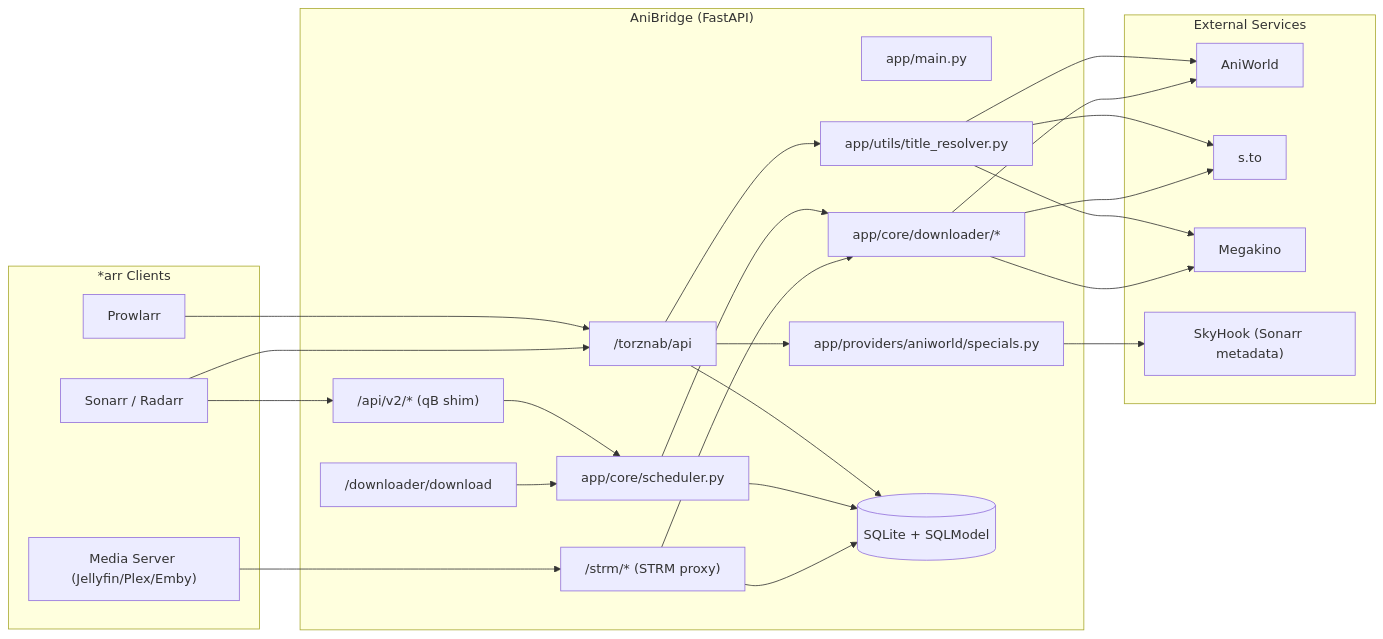
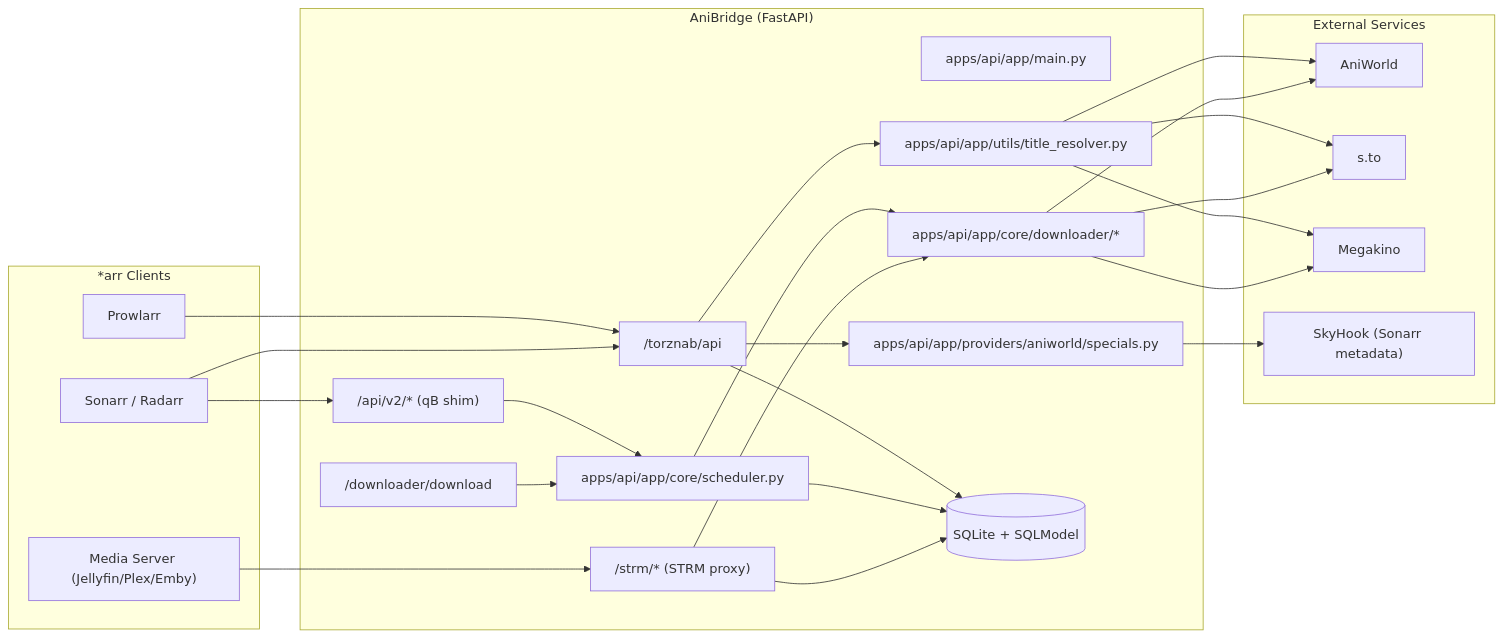
Before and after one commit to Zzackllack/AniBridge: the first of 12 diagrams in docs/src/developer/architecture.md, drawn with Mermaid. The commit also changed other lines of this file and 46 other files, not shown here.

````diff
--- a/docs/src/developer/architecture.md
+++ b/docs/src/developer/architecture.md
@@ -23,51 +23,51 @@
 ```mermaid
 flowchart LR
   subgraph Arr["*arr Clients"]
     Prowlarr["Prowlarr"]
     Sonarr["Sonarr / Radarr"]
     Media["Media Server (Jellyfin/Plex/Emby)"]
   end
 
   subgraph AB["AniBridge (FastAPI)"]
-    Main["app/main.py"]
+    Main["apps/api/app/main.py"]
     Torznab["/torznab/api"]
     QB["/api/v2/* (qB shim)"]
     Strm["/strm/* (STRM proxy)"]
     Legacy["/downloader/download"]
-    Scheduler["app/core/scheduler.py"]
-    DL["app/core/downloader/*"]
-    Resolver["app/utils/title_resolver.py"]
-    Specials["app/providers/aniworld/specials.py"]
+    Scheduler["apps/api/app/core/scheduler.py"]
+    DL["apps/api/app/core/downloader/*"]
+    Resolver["apps/api/app/utils/title_resolver.py"]
+    Specials["apps/api/app/providers/aniworld/specials.py"]
     DB[("SQLite + SQLModel")]
   end
 
   subgraph External["External Services"]
     Ani["AniWorld"]
     Sto["s.to"]
     Mega["Megakino"]
     Sky["SkyHook (Sonarr metadata)"]
   end
 
   Prowlarr --> Torznab
   Sonarr --> QB
   Sonarr --> Torznab
   Media --> Strm
 
   Torznab --> Resolver
   Torznab --> Specials
   Torznab --> DB
   QB --> Scheduler
   Legacy --> Scheduler
   Scheduler --> DL
   Scheduler --> DB
   Strm --> DB
   Strm --> DL
 
   Resolver --> Ani
   Resolver --> Sto
   Resolver --> Mega
   Specials --> Sky
   DL --> Ani
   DL --> Sto
   DL --> Mega
 ```
````
